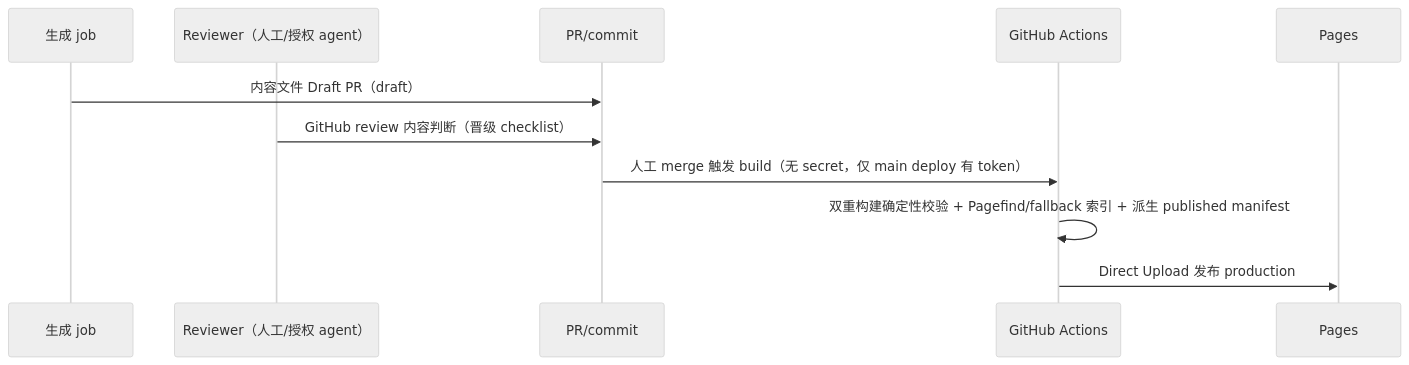
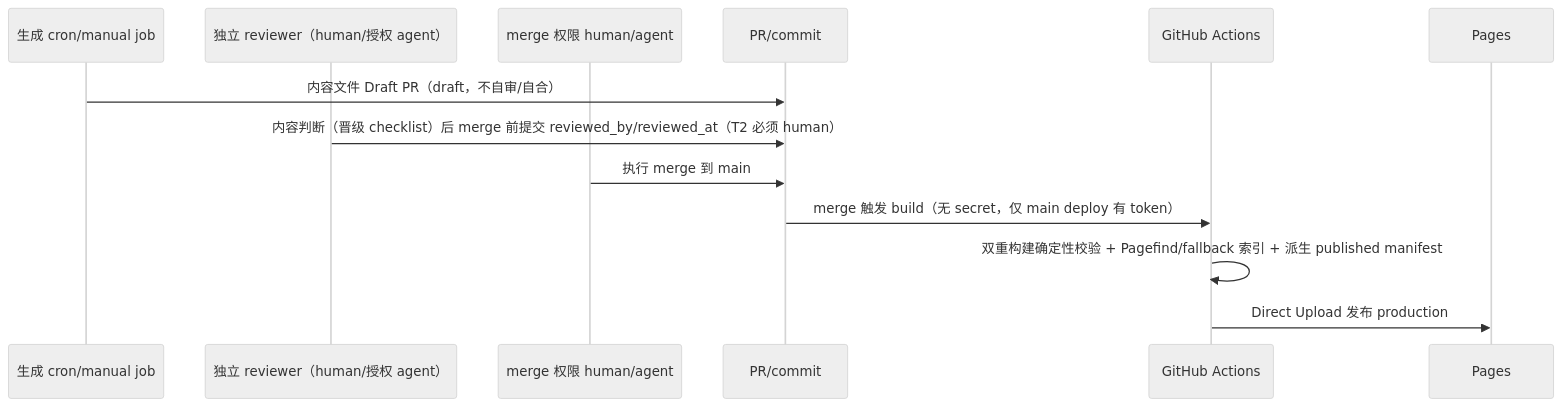
Before and after one commit to ariga39/momoko.pro: the second of 5 diagrams in docs/design.md, drawn with Mermaid (neutral theme). The commit also changed other lines of this file and 5 other files, not shown here.

Commit message:
docs: cron seam + reviewer-before-merge consistency (per momoko feedback)

````diff
--- a/docs/design.md
+++ b/docs/design.md
@@ -364,13 +368,15 @@
 ```mermaid
 sequenceDiagram
-  participant G as 生成 job
-  participant R as Reviewer（人工/授权 agent）
+  participant G as 生成 cron/manual job
+  participant R as 独立 reviewer（human/授权 agent）
+  participant M as merge 权限 human/agent
   participant PR as PR/commit
   participant CI as GitHub Actions
   participant P as Pages
-  G->>PR: 内容文件 Draft PR（draft）
-  R->>PR: GitHub review 内容判断（晋级 checklist）
-  PR->>CI: 人工 merge 触发 build（无 secret，仅 main deploy 有 token）
+  G->>PR: 内容文件 Draft PR（draft，不自审/自合）
+  R->>PR: 内容判断（晋级 checklist）后 merge 前提交 reviewed_by/reviewed_at（T2 必须 human）
+  M->>PR: 执行 merge 到 main
+  PR->>CI: merge 触发 build（无 secret，仅 main deploy 有 token）
   CI->>CI: 双重构建确定性校验 + Pagefind/fallback 索引 + 派生 published manifest
   CI->>P: Direct Upload 发布 production
 ```
````
